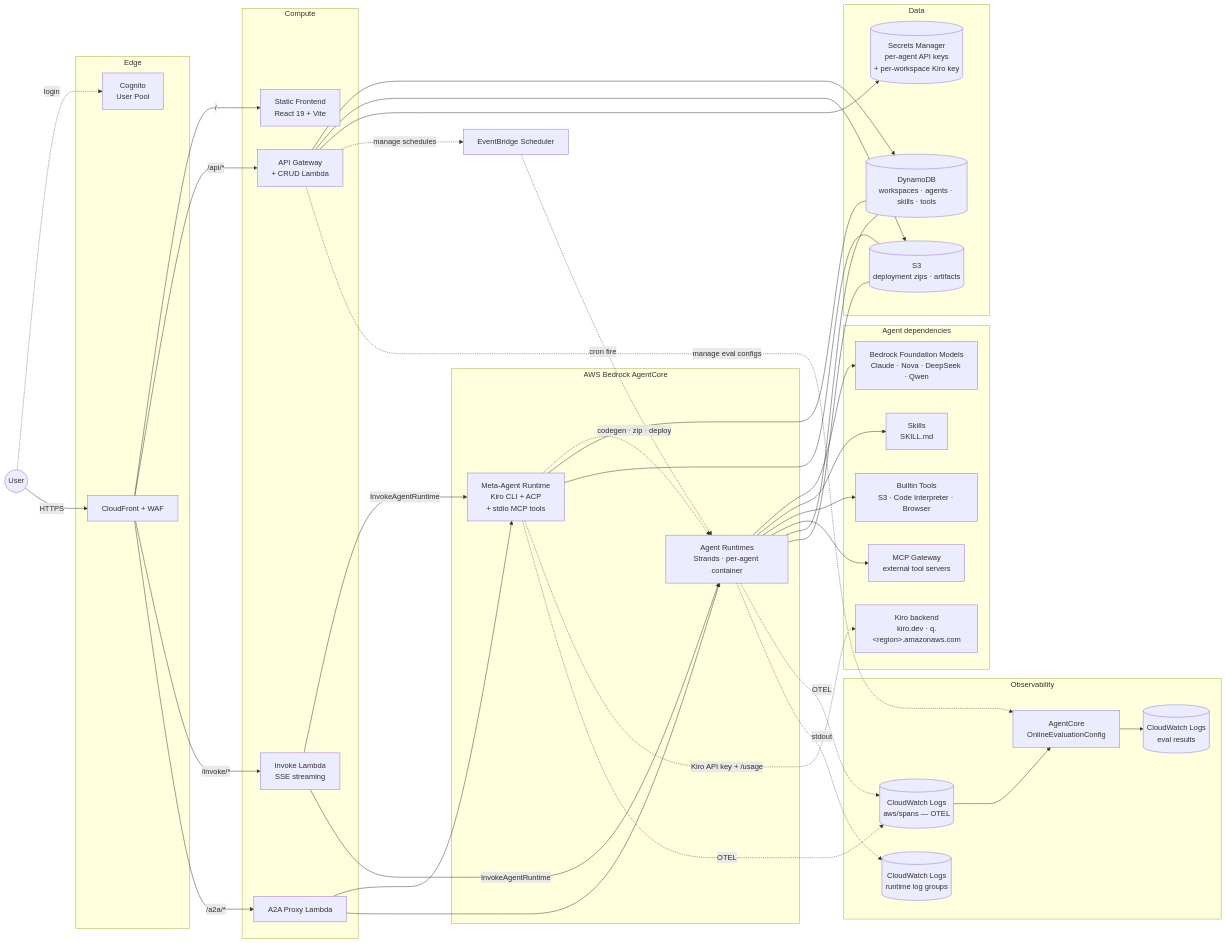
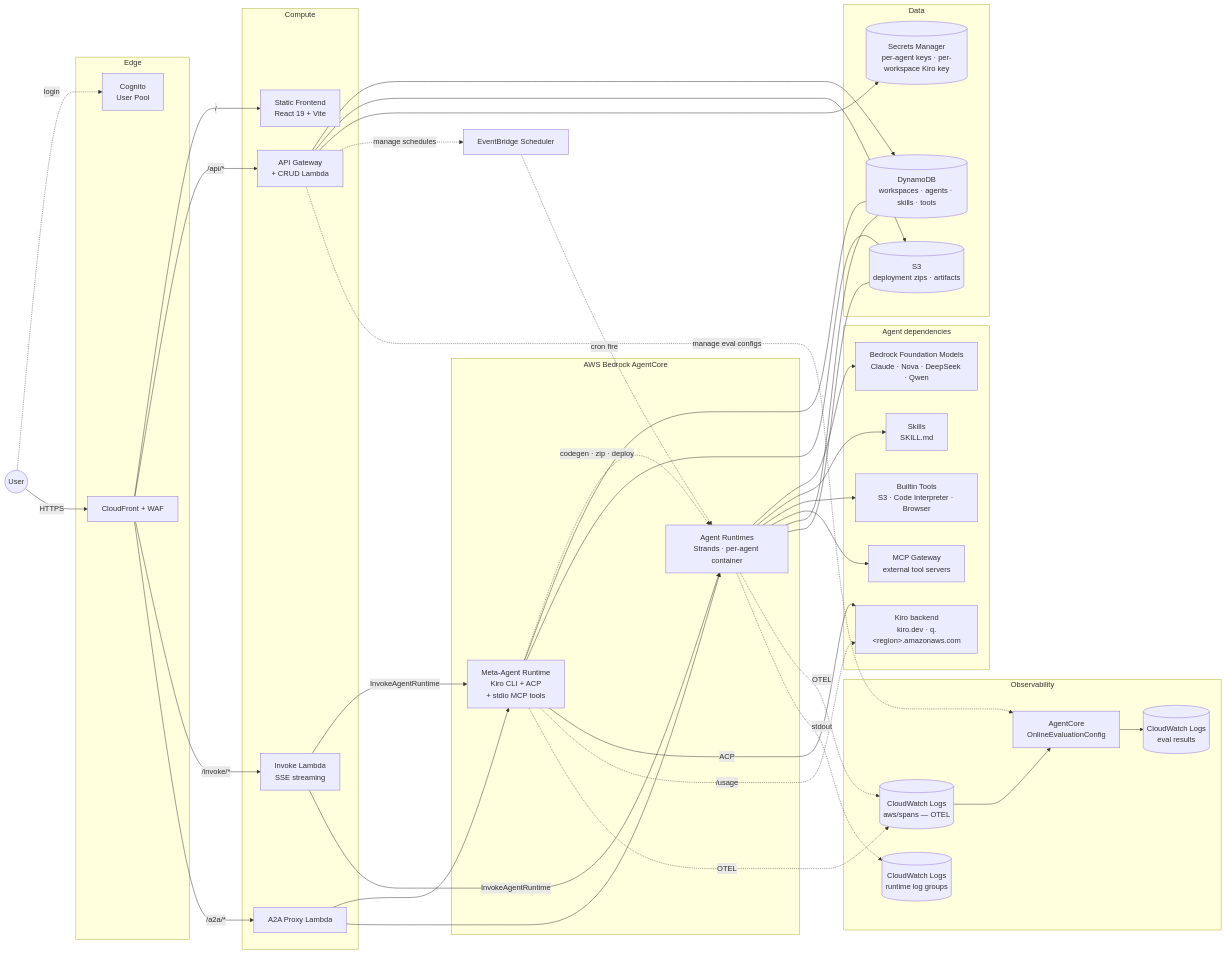
Before and after one commit to ddpie/agent-studio: the second of 2 diagrams in docs/architecture.md, drawn with Mermaid. The commit also changed other lines of this file and 4 other files, not shown here.

First line of the commit message:
docs: tighten Kiro usage scope notice + mermaid polish

````diff
--- a/docs/architecture.md
+++ b/docs/architecture.md
@@ -206,81 +207,82 @@
 ```mermaid
 graph LR
     User((User))
 
     subgraph Edge
         CF[CloudFront + WAF]
         Cognito[Cognito<br/>User Pool]
     end
 
     subgraph Compute
         FE[Static Frontend<br/>React 19 + Vite]
         API[API Gateway<br/>+ CRUD Lambda]
         Invoke[Invoke Lambda<br/>SSE streaming]
         A2A[A2A Proxy Lambda]
     end
 
     subgraph AgentCore["AWS Bedrock AgentCore"]
         Meta[Meta-Agent Runtime<br/>Kiro CLI + ACP<br/>+ stdio MCP tools]
-        Sub[Agent Runtimes<br/>Strands · per-agent container]
+        Agents[Agent Runtimes<br/>Strands · per-agent container]
     end
 
     subgraph Outbound["Agent dependencies"]
         Kiro[Kiro backend<br/>kiro.dev · q.&lt;region&gt;.amazonaws.com]
         Bedrock[Bedrock Foundation Models<br/>Claude · Nova · DeepSeek · Qwen]
         Skills[Skills<br/>SKILL.md]
         Tools[Builtin Tools<br/>S3 · Code Interpreter · Browser]
         MCP[MCP Gateway<br/>external tool servers]
     end
 
     subgraph Data
         DDB[(DynamoDB<br/>workspaces · agents · skills · tools)]
         S3[(S3<br/>deployment zips · artifacts)]
-        Secrets[(Secrets Manager<br/>per-agent API keys<br/>+ per-workspace Kiro key)]
+        Secrets[(Secrets Manager<br/>per-agent keys · per-workspace Kiro key)]
     end
 
     subgraph Observability
         Spans[(CloudWatch Logs<br/>aws/spans — OTEL)]
         RuntimeLogs[(CloudWatch Logs<br/>runtime log groups)]
         Eval[AgentCore<br/>OnlineEvaluationConfig]
         EvalLogs[(CloudWatch Logs<br/>eval results)]
     end
 
     EB[EventBridge Scheduler]
 
     User -.login.-> Cognito
     User -->|HTTPS| CF
     CF -->|/| FE
     CF -->|/api/*| API
     CF -->|/invoke/*| Invoke
     CF -->|/a2a/*| A2A
 
     API --> DDB
     API --> S3
     API --> Secrets
     API -.manage schedules.-> EB
     API -.manage eval configs.-> Eval
     Invoke -->|InvokeAgentRuntime| Meta
-    Invoke -->|InvokeAgentRuntime| Sub
+    Invoke -->|InvokeAgentRuntime| Agents
     A2A --> Meta
-    A2A --> Sub
+    A2A --> Agents
 
-    Meta -.codegen · zip · deploy.-> Sub
+    Meta -.codegen · zip · deploy.-> Agents
     Meta --- DDB
     Meta --- S3
-    Meta -.Kiro API key + /usage.-> Kiro
+    Meta -->|ACP| Kiro
+    Meta -.-> |/usage| Kiro
 
-    Sub --> Bedrock
-    Sub --> Skills
-    Sub --> Tools
-    Sub --> MCP
-    Sub --- DDB
-    Sub --- S3
+    Agents --> Bedrock
+    Agents --> Skills
+    Agents --> Tools
+    Agents --> MCP
+    Agents --- DDB
+    Agents --- S3
 
-    EB -.cron fire.-> Sub
+    EB -.cron fire.-> Agents
 
     Meta -.OTEL.-> Spans
-    Sub -.OTEL.-> Spans
-    Sub -.stdout.-> RuntimeLogs
+    Agents -.OTEL.-> Spans
+    Agents -.stdout.-> RuntimeLogs
     Spans --> Eval
     Eval --> EvalLogs
 ```
````
